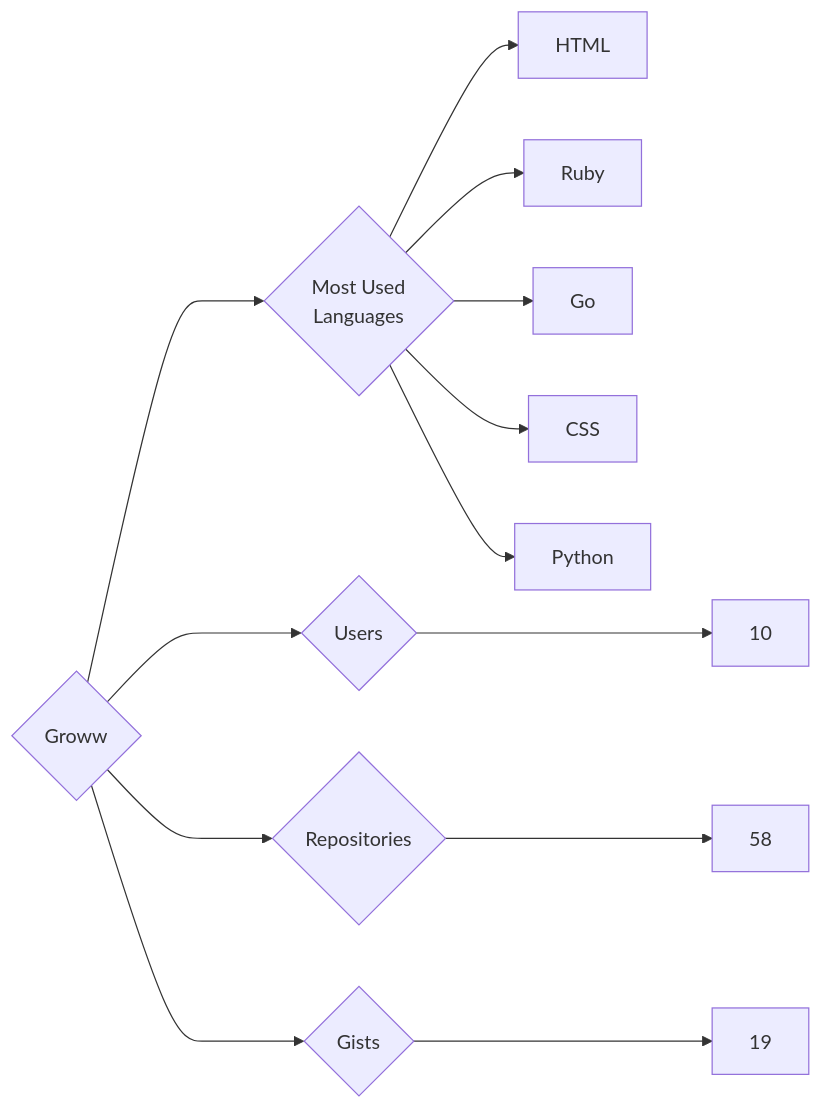
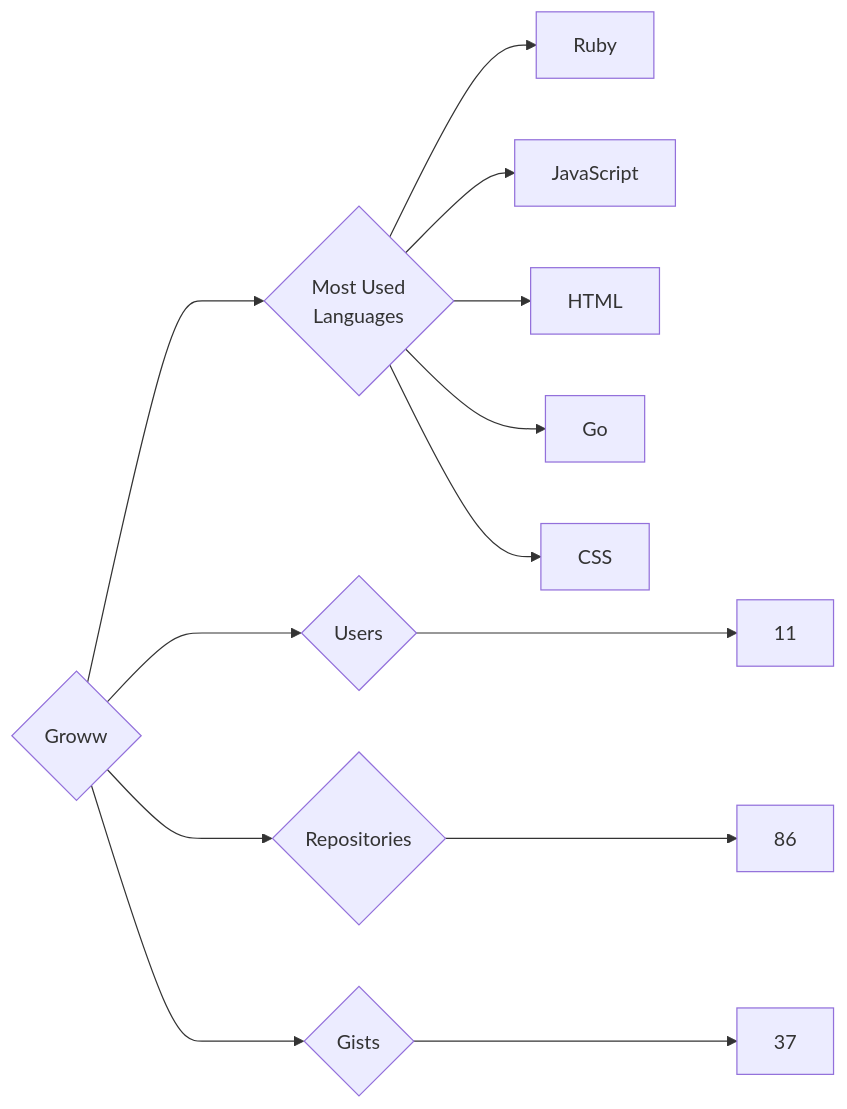
The diagram in targets/Groww/README.md (trickest/insiders), drawn with Mermaid before and after one commit. The commit also changed 993 other files, not shown here.

````diff
--- a/targets/Groww/README.md
+++ b/targets/Groww/README.md
@@ -3,13 +3,13 @@
 ```mermaid
 graph LR
 COMPANY_NAME{Groww}
-COMPANY_NAME ---> U{Users} ---> UN[10]
-COMPANY_NAME ---> R{Repositories} ---> RN[58]
-COMPANY_NAME ---> G{Gists} ---> GN[19]
+COMPANY_NAME ---> U{Users} ---> UN[11]
+COMPANY_NAME ---> R{Repositories} ---> RN[86]
+COMPANY_NAME ---> G{Gists} ---> GN[37]
 COMPANY_NAME ---> ML{Most Used<br>Languages}
+ML --> Ruby[Ruby]
+ML --> JavaScript[JavaScript]
 ML --> HTML[HTML]
-ML --> Ruby[Ruby]
 ML --> Go[Go]
 ML --> CSS[CSS]
-ML --> Python[Python]
 ```
````
